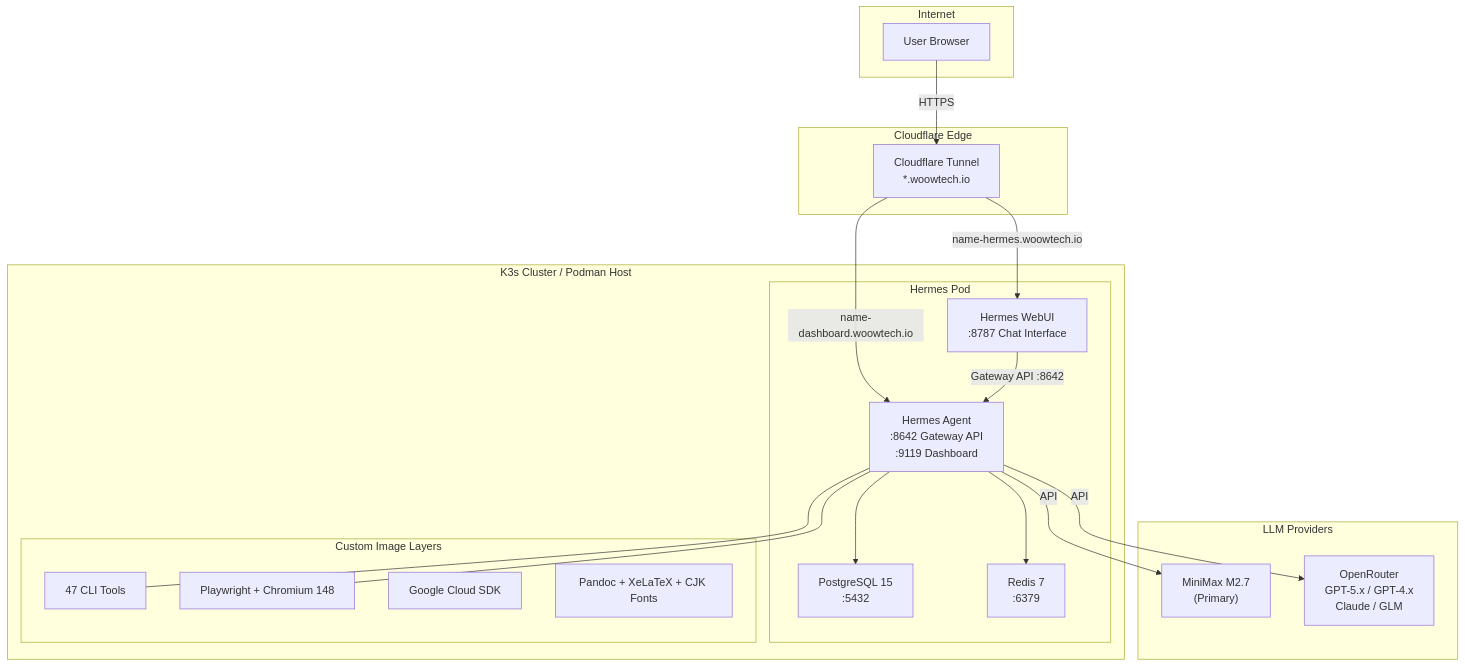
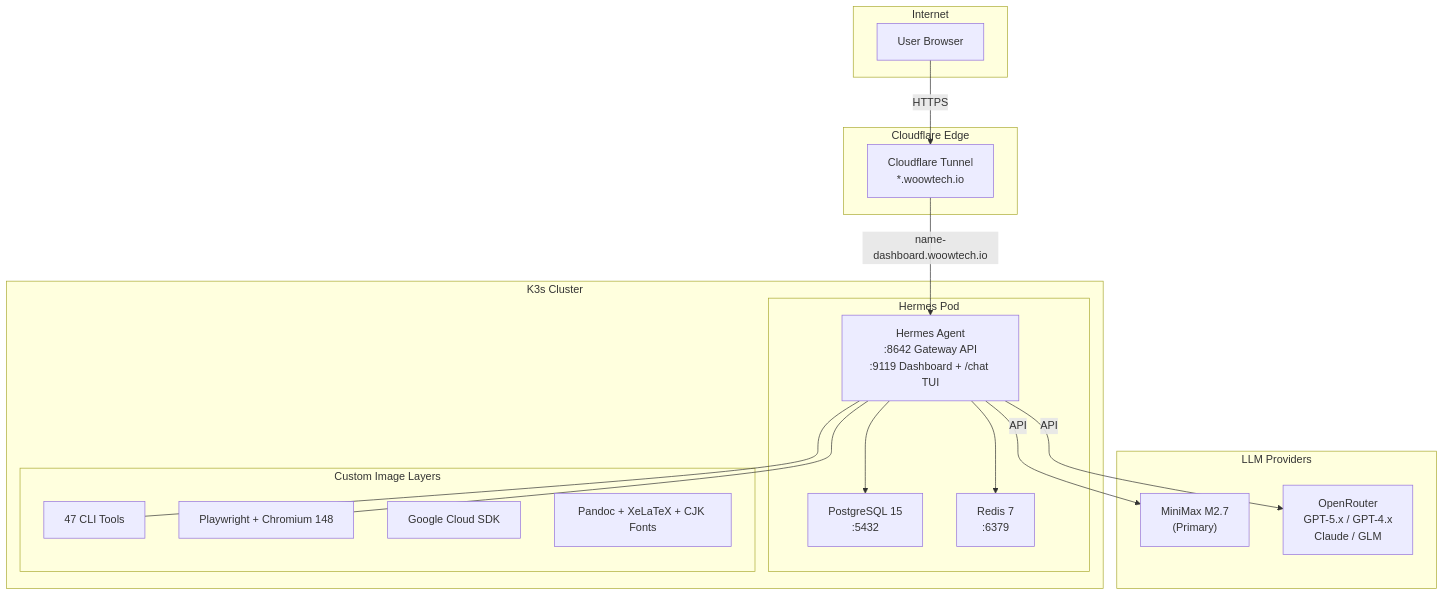
One commit to WOOWTECH/Woow_k3s_hermes changed the first of 5 diagrams in README.md. Above: the diagram before and after it, drawn with Mermaid. The commit also changed other lines of this file and 4 other files, not shown here.

First line of the commit message:
docs: single-container architecture — README EN/ZH, troubleshooting rewrite, migration guide

````diff
--- a/README.md
+++ b/README.md
@@ -100,42 +100,39 @@
 ```mermaid
 graph TB
     subgraph Internet["Internet"]
         User["User Browser"]
     end
 
     subgraph CF["Cloudflare Edge"]
         Tunnel["Cloudflare Tunnel<br/>*.woowtech.io"]
     end
 
-    subgraph Cluster["K3s Cluster / Podman Host"]
+    subgraph Cluster["K3s Cluster"]
         subgraph Pod["Hermes Pod"]
-            WebUI["Hermes WebUI<br/>:8787 Chat Interface"]
-            Agent["Hermes Agent<br/>:8642 Gateway API<br/>:9119 Dashboard"]
+            Agent["Hermes Agent<br/>:8642 Gateway API<br/>:9119 Dashboard + /chat TUI"]
             PG["PostgreSQL 15<br/>:5432"]
             Redis["Redis 7<br/>:6379"]
         end
 
         subgraph Custom["Custom Image Layers"]
             CLI["47 CLI Tools"]
             PW["Playwright + Chromium 148"]
             GC["Google Cloud SDK"]
             Content["Pandoc + XeLaTeX + CJK Fonts"]
         end
     end
 
     subgraph LLM["LLM Providers"]
         MM["MiniMax M2.7<br/>(Primary)"]
         OR["OpenRouter<br/>GPT-5.x / GPT-4.x<br/>Claude / GLM"]
     end
 
     User -->|HTTPS| Tunnel
-    Tunnel -->|"name-hermes.woowtech.io"| WebUI
     Tunnel -->|"name-dashboard.woowtech.io"| Agent
-    WebUI -->|Gateway API :8642| Agent
     Agent --> PG
     Agent --> Redis
     Agent -->|API| MM
     Agent -->|API| OR
     Agent --- CLI
     Agent --- PW
 ```
````
